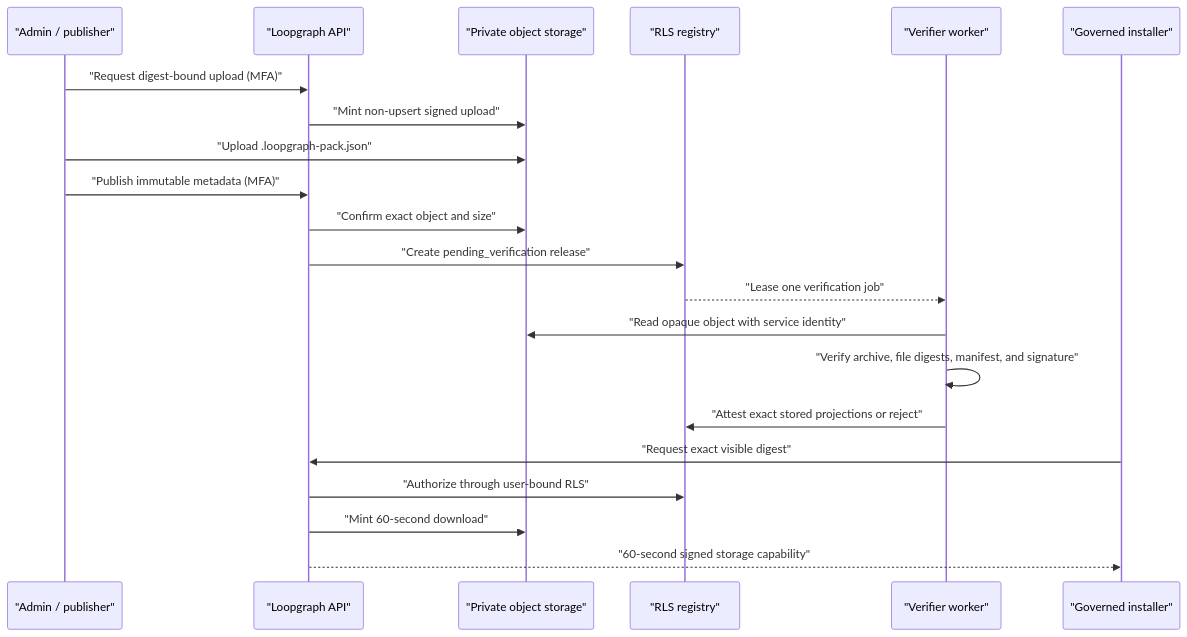
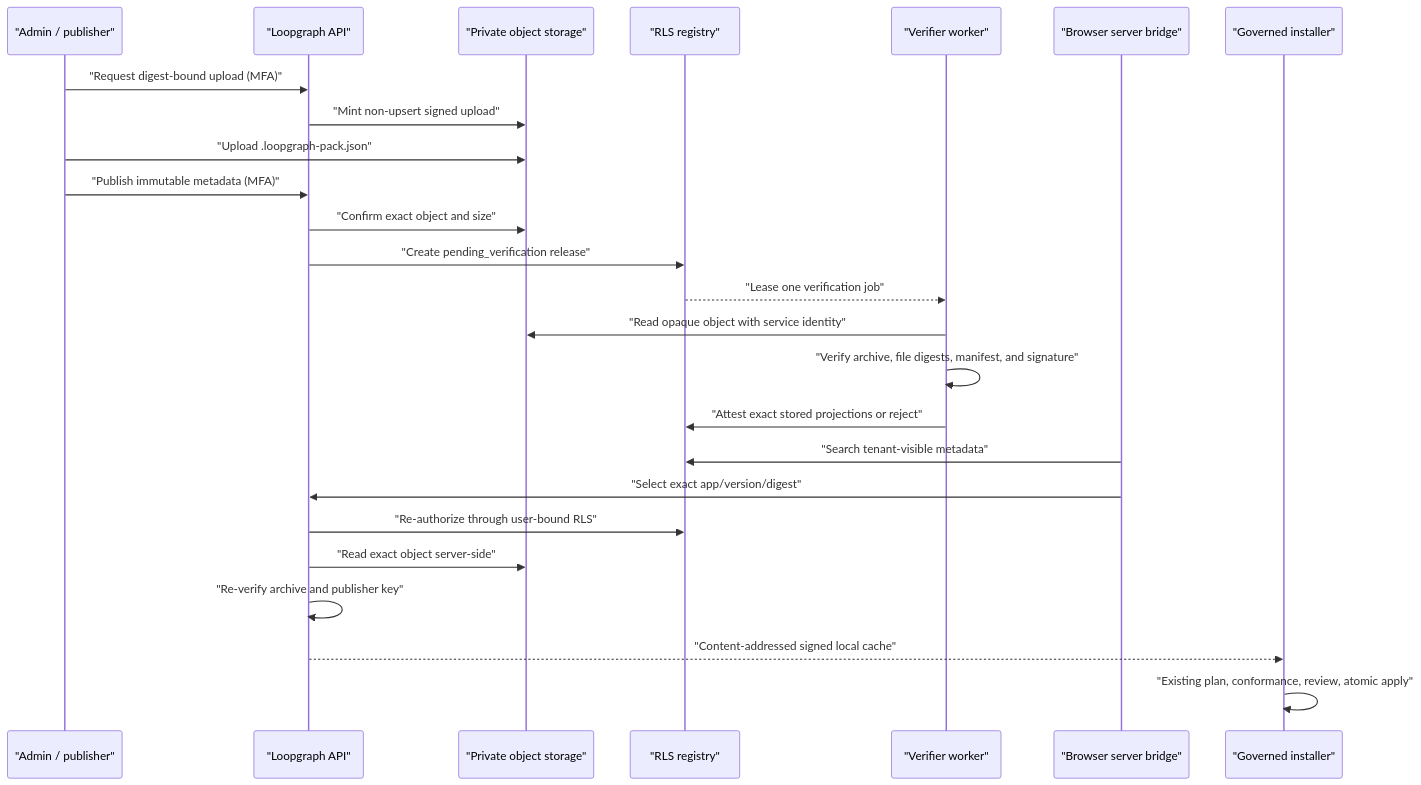
The diagram in docs/HOSTED-MARKETPLACE-DELIVERY.md (mrrkrieg/loopgraph), drawn with Mermaid before and after one commit. The commit also changed other lines of this file and 11 other files, not shown here.

````diff
--- a/docs/HOSTED-MARKETPLACE-DELIVERY.md
+++ b/docs/HOSTED-MARKETPLACE-DELIVERY.md
@@ -9,23 +9,27 @@
 ```mermaid
 sequenceDiagram
   participant P as "Admin / publisher"
   participant A as "Loopgraph API"
   participant S as "Private object storage"
   participant R as "RLS registry"
   participant V as "Verifier worker"
+  participant B as "Browser server bridge"
   participant I as "Governed installer"
   P->>A: "Request digest-bound upload (MFA)"
   A->>S: "Mint non-upsert signed upload"
   P->>S: "Upload .loopgraph-pack.json"
   P->>A: "Publish immutable metadata (MFA)"
   A->>S: "Confirm exact object and size"
   A->>R: "Create pending_verification release"
   R-->>V: "Lease one verification job"
   V->>S: "Read opaque object with service identity"
   V->>V: "Verify archive, file digests, manifest, and signature"
   V->>R: "Attest exact stored projections or reject"
-  I->>A: "Request exact visible digest"
-  A->>R: "Authorize through user-bound RLS"
-  A->>S: "Mint 60-second download"
-  A-->>I: "60-second signed storage capability"
+  B->>R: "Search tenant-visible metadata"
+  B->>A: "Select exact app/version/digest"
+  A->>R: "Re-authorize through user-bound RLS"
+  A->>S: "Read exact object server-side"
+  A->>A: "Re-verify archive and publisher key"
+  A-->>I: "Content-addressed signed local cache"
+  I->>I: "Existing plan, conformance, review, atomic apply"
 ```
````
